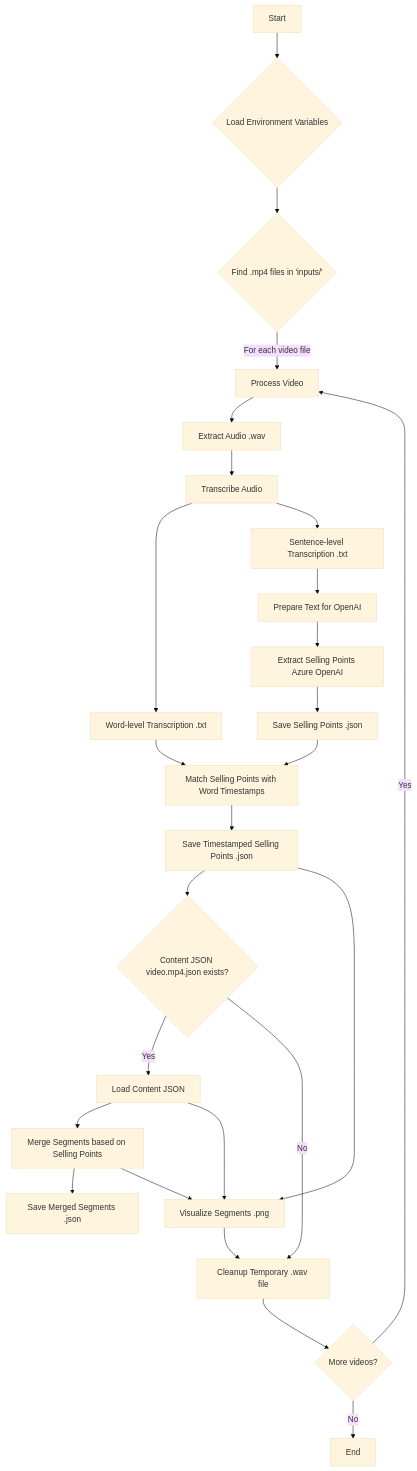
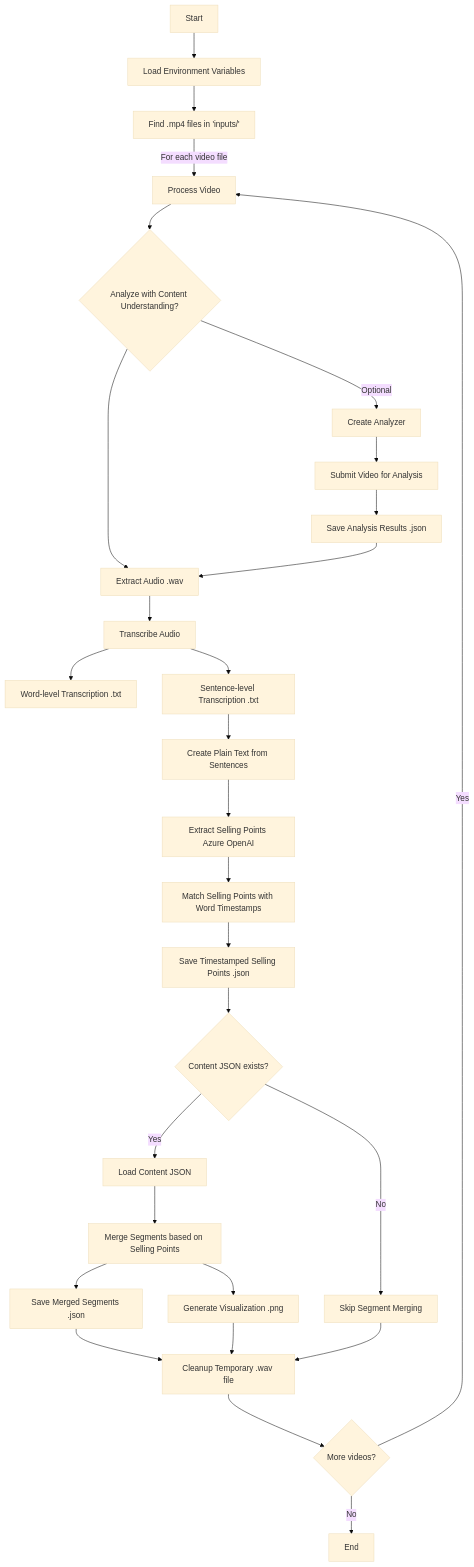
The diagram in README.md (guming3d/Content-Understanding-post-process), drawn with Mermaid (base theme) before and after one commit. The commit also changed 2 other files, not shown here.

Commit message:
docs(README): Update documentation with new workflow and analyzer integration
- Update README.md and README_zh.md to include new workflow steps and integration of Azure Content Understanding analyzer.
- Modify mermaid diagrams to reflect changes in the processing pipeline.
- Remove 'plot_timestamp.py' as it is no longer used in the updated workflow.

````diff
--- a/README.md
+++ b/README.md
@@ -53,25 +53,31 @@
 ```mermaid
 graph TD
-    A[Start] --> B{Load Environment Variables};
-    B --> C{Find .mp4 files in 'inputs/'};
+    A[Start] --> B[Load Environment Variables];
+    B --> C[Find .mp4 files in 'inputs/'];
     C -- For each video file --> D[Process Video];
-    D --> E[Extract Audio .wav];
-    E --> F[Transcribe Audio];
-    F --> G[Word-level Transcription .txt];
-    F --> H[Sentence-level Transcription .txt];
-    H --> I[Prepare Text for OpenAI];
-    I --> J[Extract Selling Points Azure OpenAI];
-    J --> K[Save Selling Points .json];
-    G & K --> L[Match Selling Points with Word Timestamps];
-    L --> M[Save Timestamped Selling Points .json];
-    M --> N{Content JSON video.mp4.json exists?};
-    N -- Yes --> O[Load Content JSON];
-    O --> P[Merge Segments based on Selling Points];
-    P --> Q[Save Merged Segments .json];
-    O & M & P --> R[Visualize Segments .png];
-    R --> S[Cleanup Temporary .wav file];
-    N -- No --> S;
-    S --> T{More videos?};
-    T -- Yes --> D;
-    T -- No --> U[End]; 
+    D --> E{Analyze with Content Understanding?};
+    E -- Optional --> F[Create Analyzer];
+    F --> G[Submit Video for Analysis];
+    G --> H[Save Analysis Results .json];
+    E --> I[Extract Audio .wav];
+    H --> I;
+    I --> J[Transcribe Audio];
+    J --> K[Word-level Transcription .txt];
+    J --> L[Sentence-level Transcription .txt];
+    L --> M[Create Plain Text from Sentences];
+    M --> N[Extract Selling Points Azure OpenAI];
+    N --> O[Match Selling Points with Word Timestamps];
+    O --> P[Save Timestamped Selling Points .json];
+    P --> Q{Content JSON exists?};
+    Q -- Yes --> R[Load Content JSON];
+    R --> S[Merge Segments based on Selling Points];
+    S --> T[Save Merged Segments .json];
+    S --> U[Generate Visualization .png];
+    Q -- No --> V[Skip Segment Merging];
+    T --> W[Cleanup Temporary .wav file];
+    U --> W;
+    V --> W;
+    W --> X{More videos?};
+    X -- Yes --> D;
+    X -- No --> Y[End];
 ```
````
